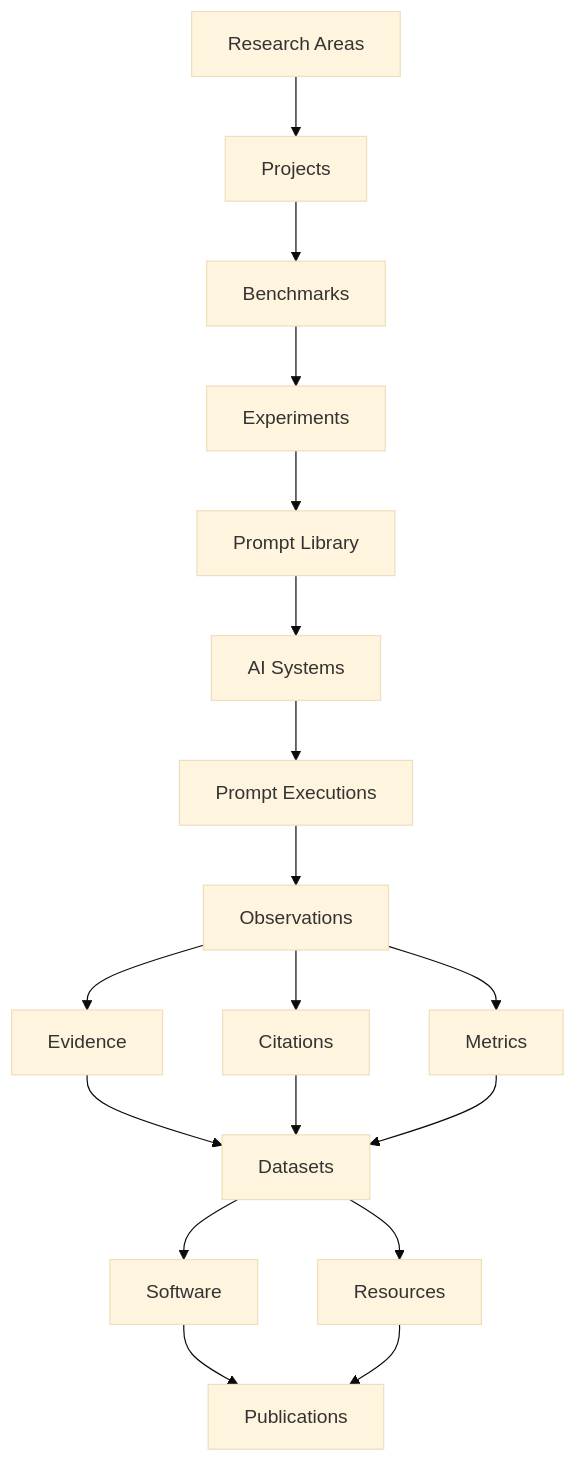
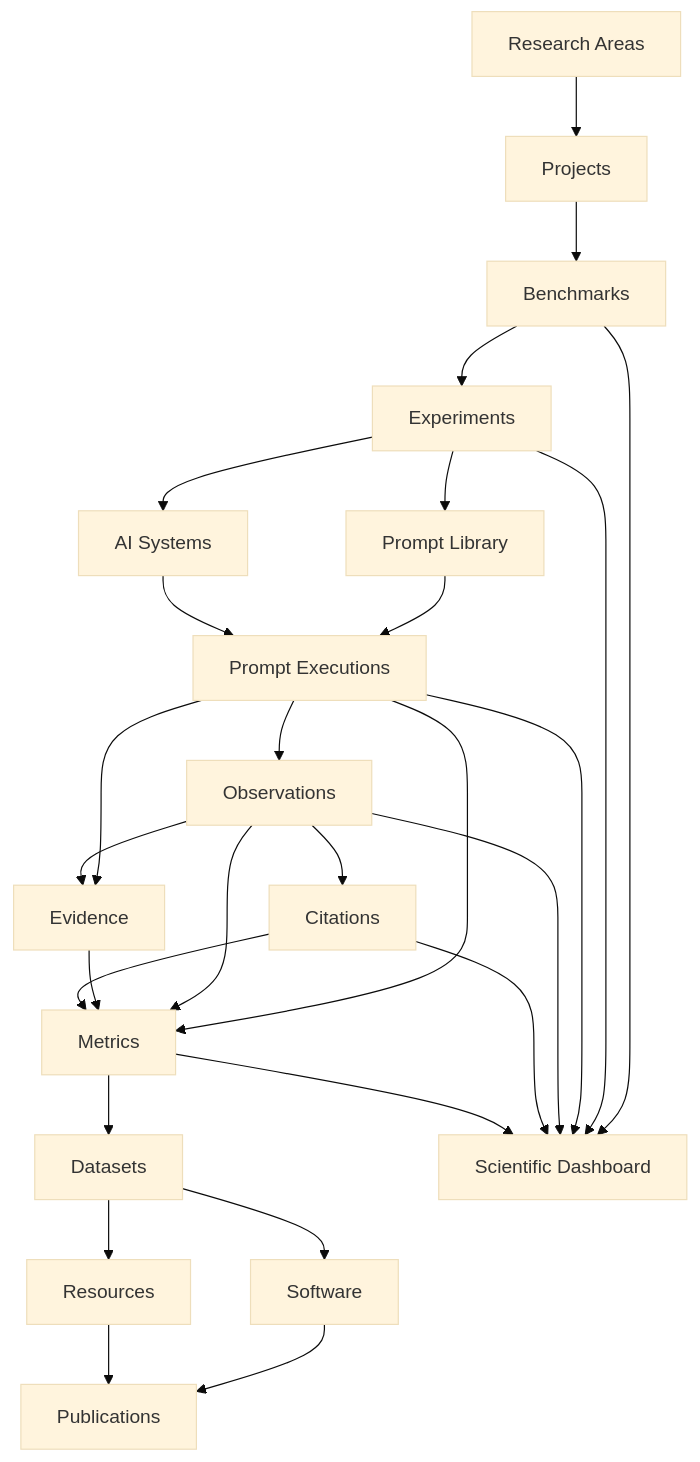
The diagram in README.md (gslhub/website), drawn with Mermaid (base theme) before and after one commit. The commit also changed other lines of this file, not shown here.

Commit message:
docs: update platform status and scientific roadmap

````diff
--- a/README.md
+++ b/README.md
@@ -86,20 +89,34 @@
 ```mermaid
 flowchart TD
     A[Research Areas] --> B[Projects]
     B --> C[Benchmarks]
     C --> D[Experiments]
+
     D --> E[Prompt Library]
-    E --> F[AI Systems]
-    F --> G[Prompt Executions]
+    D --> F[AI Systems]
+    E --> G[Prompt Executions]
+    F --> G
+
     G --> H[Observations]
-    H --> I[Evidence]
+    G --> I[Evidence]
+    H --> I
     H --> J[Citations]
-    H --> K[Metrics]
-    I --> L[Datasets]
-    J --> L
-    K --> L
+
+    G --> K[Metrics]
+    H --> K
+    I --> K
+    J --> K
+
+    K --> L[Datasets]
     L --> M[Software]
     L --> N[Resources]
     M --> O[Publications]
     N --> O
+
+    C --> P[Scientific Dashboard]
+    D --> P
+    G --> P
+    H --> P
+    J --> P
+    K --> P
 ```
````
